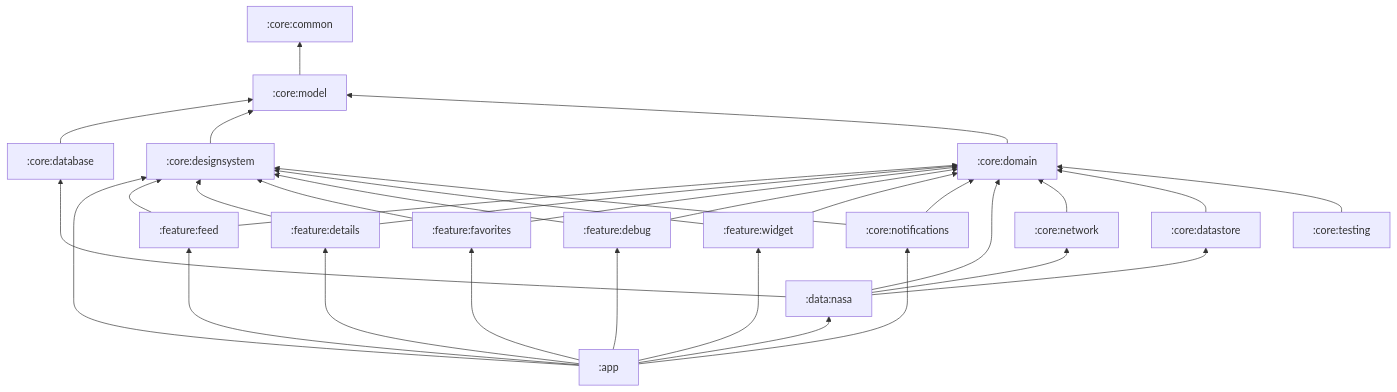
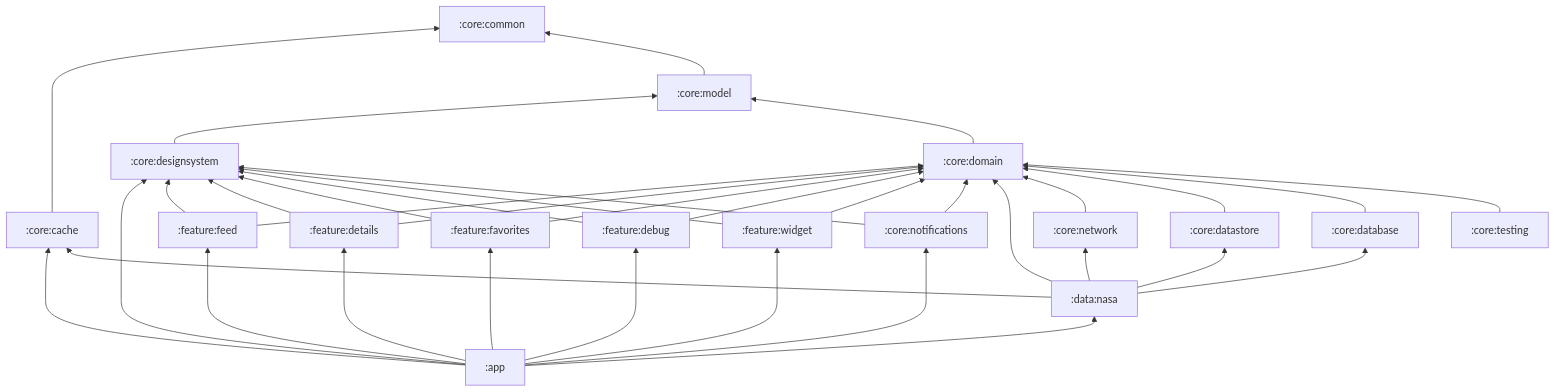
The second of 6 diagrams in README.md (radustavila/Universe-Explorer), drawn with Mermaid before and after one commit. The commit also changed other lines of this file and 99 other files, not shown here.

````diff
--- a/README.md
+++ b/README.md
@@ -103,58 +108,62 @@
 ```mermaid
 flowchart BT
     app[":app"]
 
     feedF[":feature:feed"]
     detailsF[":feature:details"]
     favoritesF[":feature:favorites"]
     debugF[":feature:debug"]
     widgetF[":feature:widget"]
 
     nasa[":data:nasa"]
 
     network[":core:network"]
     database[":core:database"]
     datastore[":core:datastore"]
+    cache[":core:cache"]
     designsystem[":core:designsystem"]
     notifications[":core:notifications"]
     domain[":core:domain"]
     model[":core:model"]
     common[":core:common"]
     testing[":core:testing"]
 
     app --> feedF
     app --> detailsF
     app --> favoritesF
     app --> debugF
     app --> widgetF
     app --> notifications
     app --> nasa
+    app --> cache
     app --> designsystem
 
     feedF --> domain
     feedF --> designsystem
     detailsF --> domain
     detailsF --> designsystem
     favoritesF --> domain
     favoritesF --> designsystem
     debugF --> domain
     debugF --> designsystem
     widgetF --> domain
     widgetF --> designsystem
     notifications --> domain
     notifications --> designsystem
 
     nasa --> domain
     nasa --> network
     nasa --> database
     nasa --> datastore
+    nasa --> cache
 
     network --> domain
     datastore --> domain
-    database --> model
+    database --> domain
+    cache --> common
     designsystem --> model
     domain --> model
     model --> common
 
     testing --> domain
 ```
````
